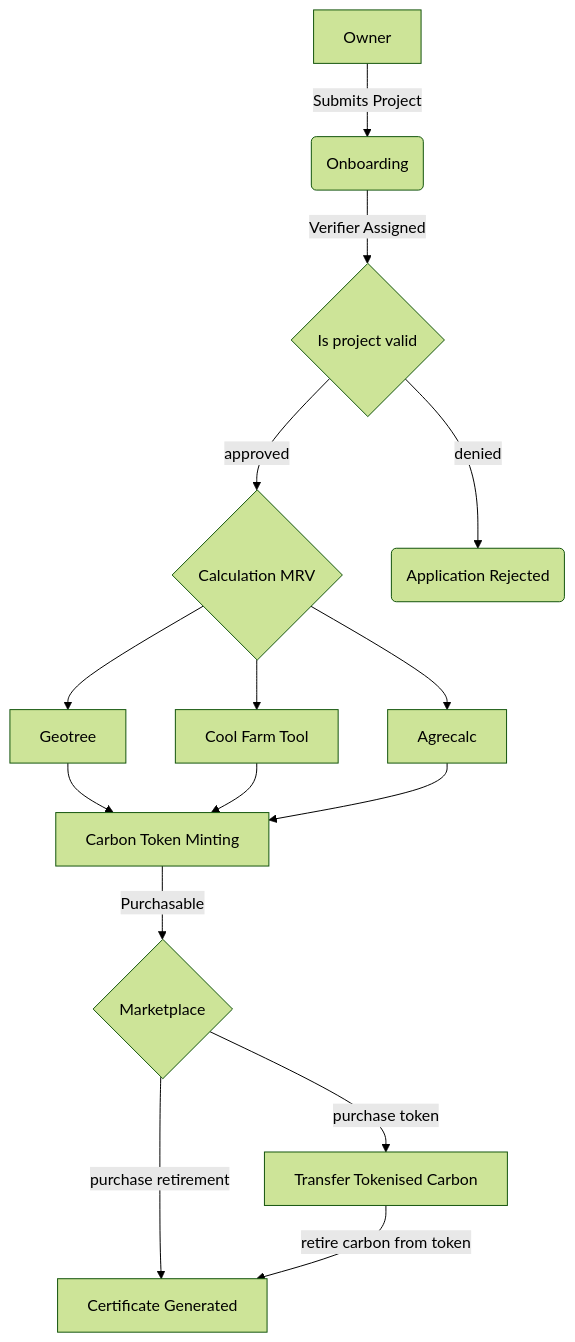
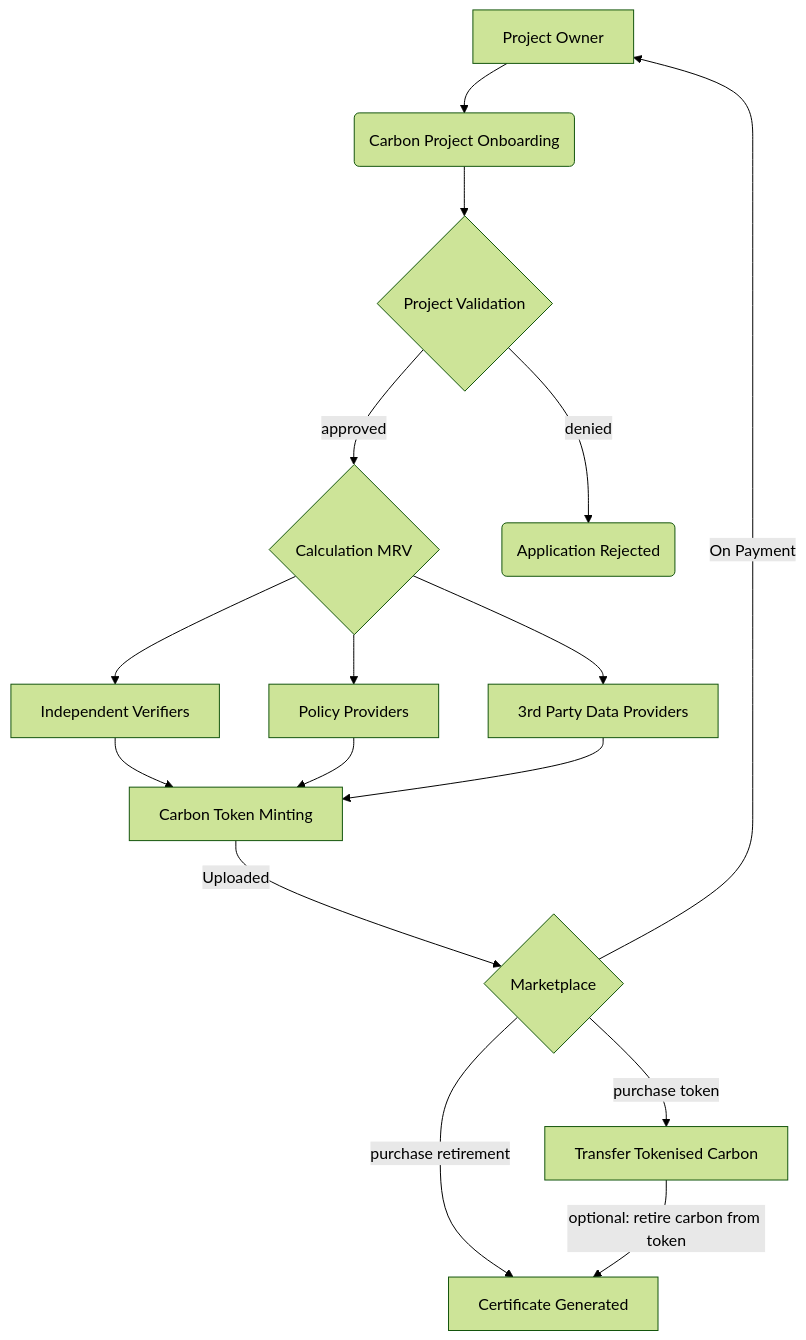
The second of 2 diagrams in README.md (dovuofficial/guardian-policies), drawn with Mermaid (forest theme) before and after one commit.

````diff
--- a/README.md
+++ b/README.md
@@ -70,17 +70,17 @@
 ```mermaid
 graph TD
-    A[Owner] -->|Submits Project| B(Onboarding)
-    B --> |Verifier Assigned| A1{Is project valid}
+    K--> B(Carbon Project Onboarding) --> A1{Project Validation}
     A1 -->|approved| C{Calculation MRV}
     A1 -->|denied| B1(Application Rejected)
-    C --> E[Cool Farm Tool]
-    C --> D[Agrecalc]
-    C --> F[Geotree]
+    C --> E[Policy Providers]
+    C --> D[3rd Party Data Providers]
+    C --> F[Independent Verifiers]
     F --> G[Carbon Token Minting]
     E --> G
     D --> G
-    G --> |Purchasable| H{Marketplace}
+    G --> |Uploaded| H{Marketplace}
     H --> |purchase retirement| I[Certificate Generated]
     H --> |purchase token| J[Transfer Tokenised Carbon]
-    J --> |retire carbon from token| I
+    J --> |optional: retire carbon from token| I
+    H --> |On Payment| K[Project Owner]
 ```
````
